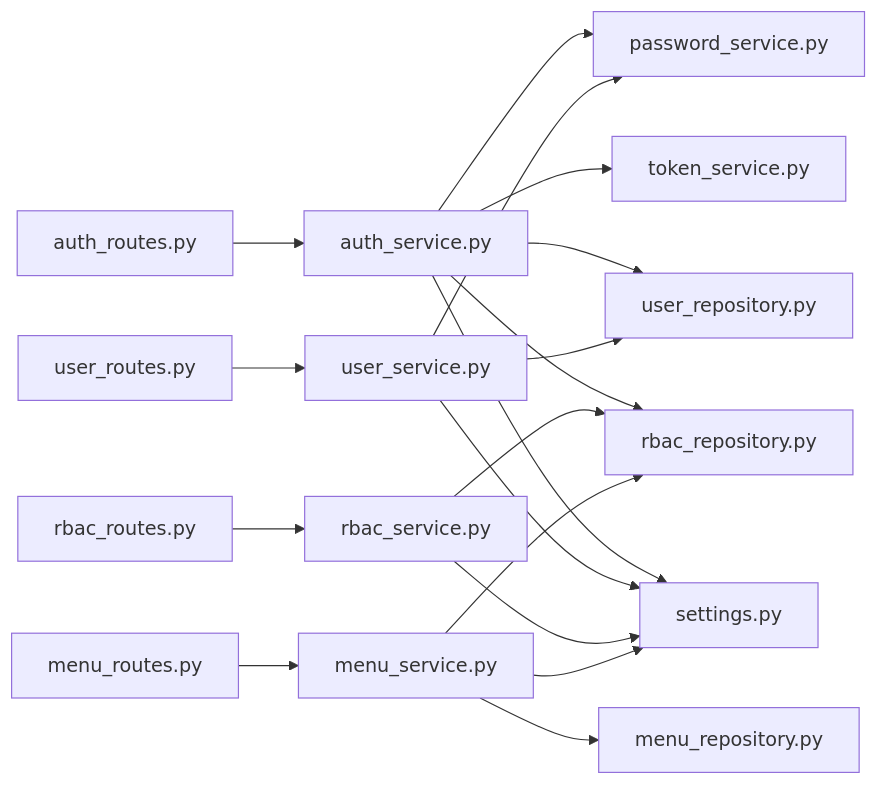
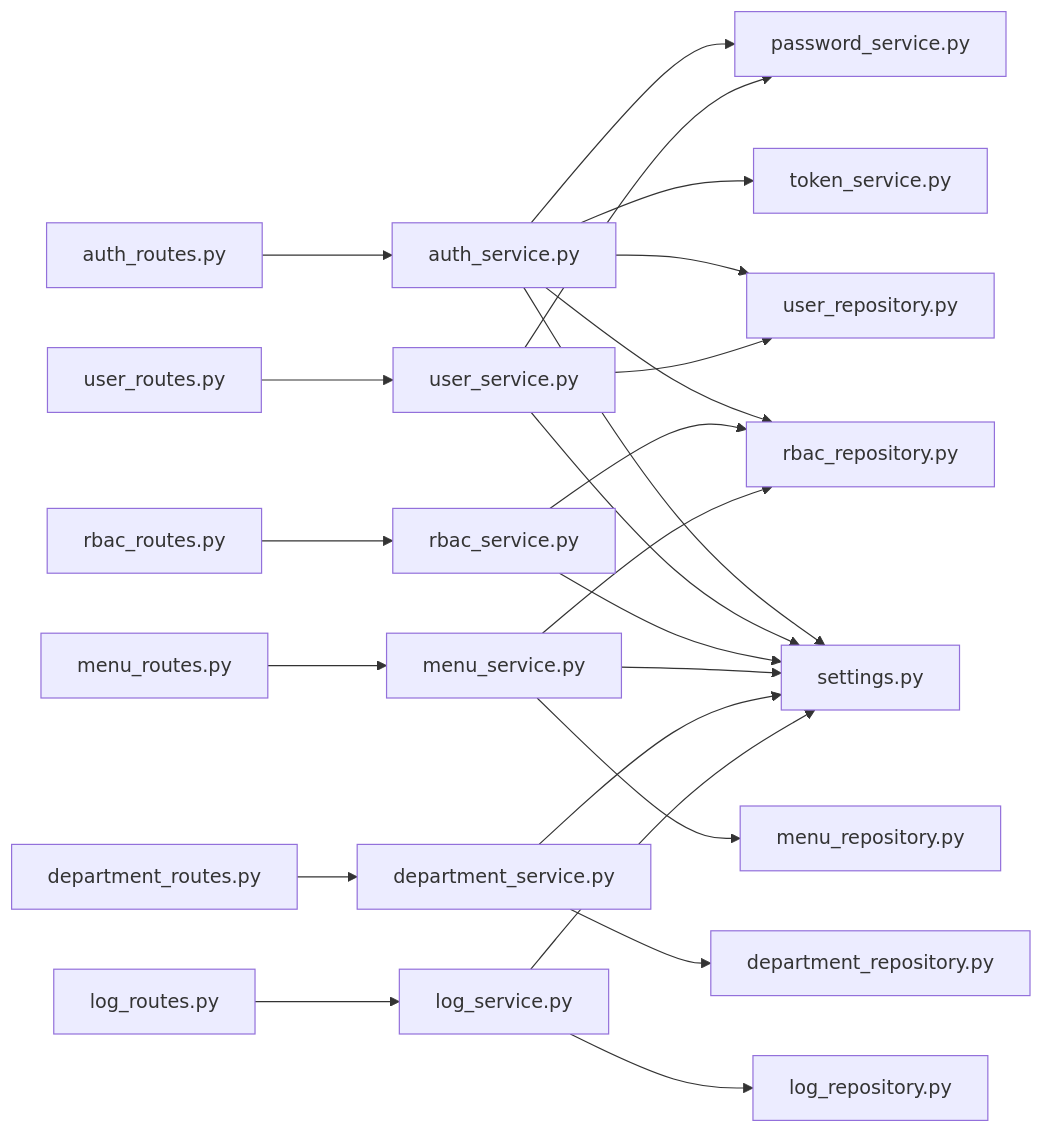
One commit to taoweidong/Hello-FastApi changed the seventh of 7 diagrams in .qoder/repowiki/zh/content/后端架构设计/DDD 分层架构详解/应用层（Services）.md. Above: the diagram before and after it, drawn with Mermaid. The commit also changed other lines of this file and 11 other files, not shown here.

````diff
--- a/.qoder/repowiki/zh/content/后端架构设计/DDD 分层架构详解/应用层（Services）.md
+++ b/.qoder/repowiki/zh/content/后端架构设计/DDD 分层架构详解/应用层（Services）.md
@@ -354,20 +434,26 @@
 ```mermaid
 graph LR
 AuthRoutes["auth_routes.py"] --> AuthSvc["auth_service.py"]
 UserRoutes["user_routes.py"] --> UserSvc["user_service.py"]
 RbacRoutes["rbac_routes.py"] --> RbacSvc["rbac_service.py"]
 MenuRoutes["menu_routes.py"] --> MenuSvc["menu_service.py"]
+DeptRoutes["department_routes.py"] --> DeptSvc["department_service.py"]
+LogRoutes["log_routes.py"] --> LogSvc["log_service.py"]
 AuthSvc --> Pass["password_service.py"]
 AuthSvc --> Token["token_service.py"]
 AuthSvc --> RepoU["user_repository.py"]
 AuthSvc --> RepoRP["rbac_repository.py"]
 UserSvc --> Pass
 UserSvc --> RepoU
 RbacSvc --> RepoRP
 MenuSvc --> RepoMenu["menu_repository.py"]
 MenuSvc --> RepoRP
+DeptSvc --> RepoDept["department_repository.py"]
+LogSvc --> RepoLog["log_repository.py"]
 AuthSvc --> Cfg["settings.py"]
 UserSvc --> Cfg
 RbacSvc --> Cfg
 MenuSvc --> Cfg
+DeptSvc --> Cfg
+LogSvc --> Cfg
 ```
````
